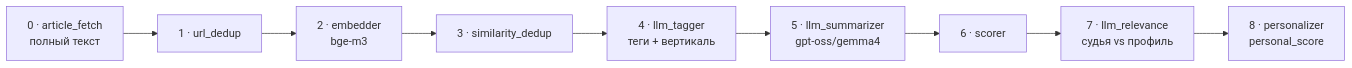
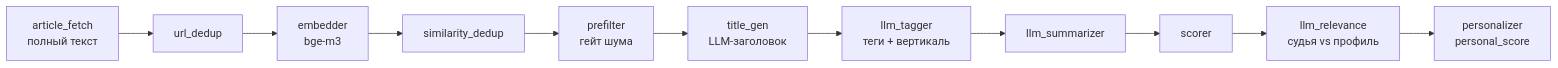
One commit to dream-x/homyak changed the second of 2 diagrams in README.ru.md. Above: the diagram before and after it, drawn with Mermaid. The commit also changed other lines of this file and 3 other files, not shown here.

First line of the commit message:
docs: refresh README + architecture (EN/RU) — search, LLM wiki, GitHub, title/lang

````diff
--- a/README.ru.md
+++ b/README.ru.md
@@ -78,8 +90,9 @@
 ```mermaid
 flowchart LR
-    A["0 · article_fetch<br/>полный текст"] --> B["1 · url_dedup"]
-    B --> C["2 · embedder<br/>bge-m3"] --> D["3 · similarity_dedup"]
-    D --> E["4 · llm_tagger<br/>теги + вертикаль"] --> F["5 · llm_summarizer<br/>gpt-oss/gemma4"]
-    F --> G["6 · scorer"] --> H["7 · llm_relevance<br/>судья vs профиль"]
-    H --> I["8 · personalizer<br/>personal_score"]
+    A["article_fetch<br/>полный текст"] --> B["url_dedup"]
+    B --> C["embedder<br/>bge-m3"] --> D["similarity_dedup"]
+    D --> P["prefilter<br/>гейт шума"] --> T["title_gen<br/>LLM-заголовок"]
+    T --> E["llm_tagger<br/>теги + вертикаль"] --> F["llm_summarizer"]
+    F --> G["scorer"] --> H["llm_relevance<br/>судья vs профиль"]
+    H --> I["personalizer<br/>personal_score"]
 ```
````
